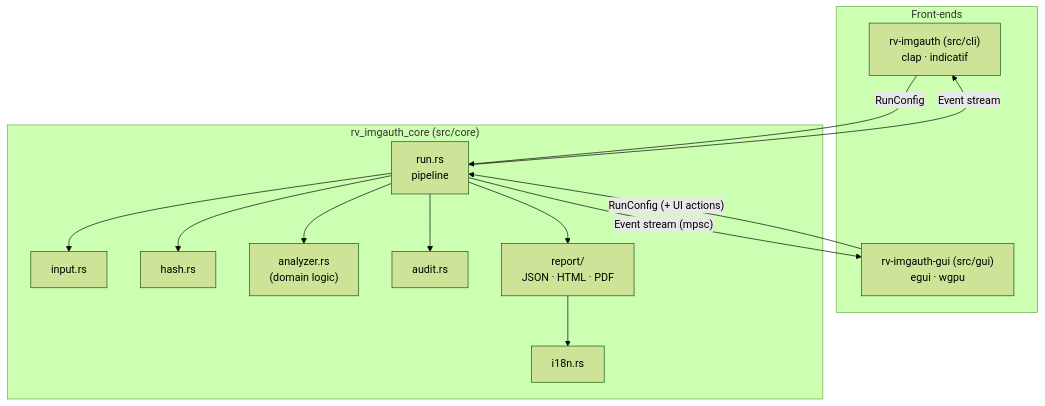
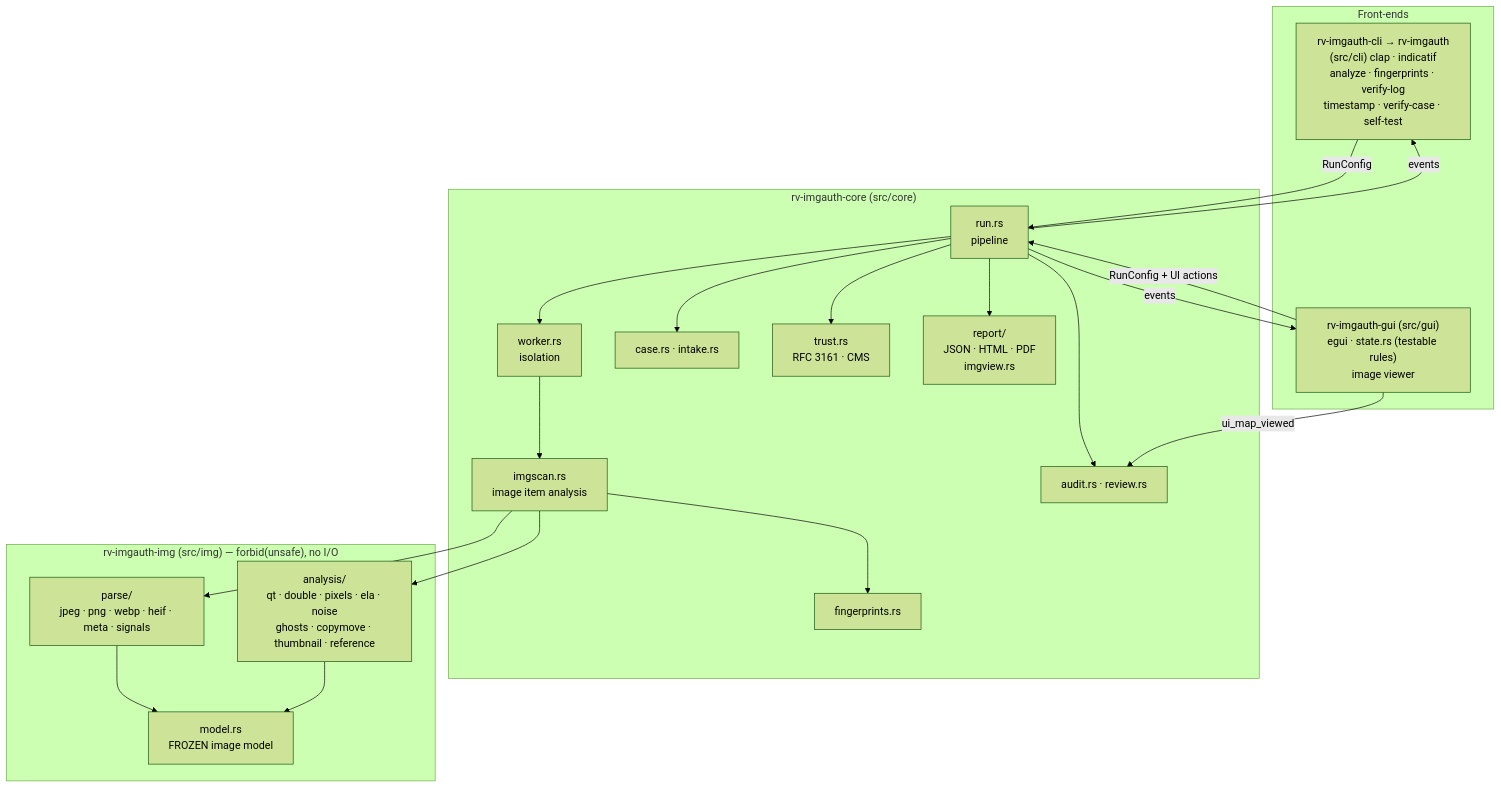
One commit to Panacota96/rv-imgauth changed the first of 5 diagrams in docs/architecture.md. Above: the diagram before and after it, drawn with Mermaid (forest theme). The commit also changed other lines of this file and 17 other files, not shown here.

````diff
--- a/docs/architecture.md
+++ b/docs/architecture.md
@@ -7,22 +10,31 @@
 ```mermaid
 flowchart TB
     subgraph Front-ends
-        CLI["rv-imgauth (src/cli)<br/>clap · indicatif"]
-        GUI["rv-imgauth-gui (src/gui)<br/>egui · wgpu"]
+        CLI["rv-imgauth-cli → rv-imgauth<br/>(src/cli) clap · indicatif<br/>analyze · fingerprints · verify-log<br/>timestamp · verify-case · self-test"]
+        GUI["rv-imgauth-gui (src/gui)<br/>egui · state.rs (testable rules)<br/>image viewer"]
     end
-    subgraph Core["rv_imgauth_core (src/core)"]
+    subgraph Core["rv-imgauth-core (src/core)"]
         RUN["run.rs<br/>pipeline"]
-        IN["input.rs"]
-        H["hash.rs"]
-        AN["analyzer.rs<br/>(domain logic)"]
-        AU["audit.rs"]
-        REP["report/<br/>JSON · HTML · PDF"]
-        I18N["i18n.rs"]
+        WK["worker.rs<br/>isolation"]
+        IS["imgscan.rs<br/>image item analysis"]
+        FP["fingerprints.rs"]
+        AU["audit.rs · review.rs"]
+        CA["case.rs · intake.rs"]
+        TR["trust.rs<br/>RFC 3161 · CMS"]
+        REP["report/<br/>JSON · HTML · PDF<br/>imgview.rs"]
+    end
+    subgraph Img["rv-imgauth-img (src/img) — forbid(unsafe), no I/O"]
+        MOD["model.rs<br/>FROZEN image model"]
+        PARSE["parse/<br/>jpeg · png · webp · heif · meta · signals"]
+        ANA["analysis/<br/>qt · double · pixels · ela · noise<br/>ghosts · copymove · thumbnail · reference"]
     end
     CLI -- RunConfig --> RUN
-    GUI -- "RunConfig (+ UI actions)" --> RUN
-    RUN -- "Event stream" --> CLI
-    RUN -- "Event stream (mpsc)" --> GUI
-    RUN --> IN & H & AN & AU & REP
-    REP --> I18N
+    GUI -- "RunConfig + UI actions" --> RUN
+    RUN -- events --> CLI & GUI
+    RUN --> WK --> IS
+    IS --> PARSE & ANA
+    PARSE & ANA --> MOD
+    IS --> FP
+    RUN --> AU & CA & TR & REP
+    GUI -- "ui_map_viewed" --> AU
 ```
````
